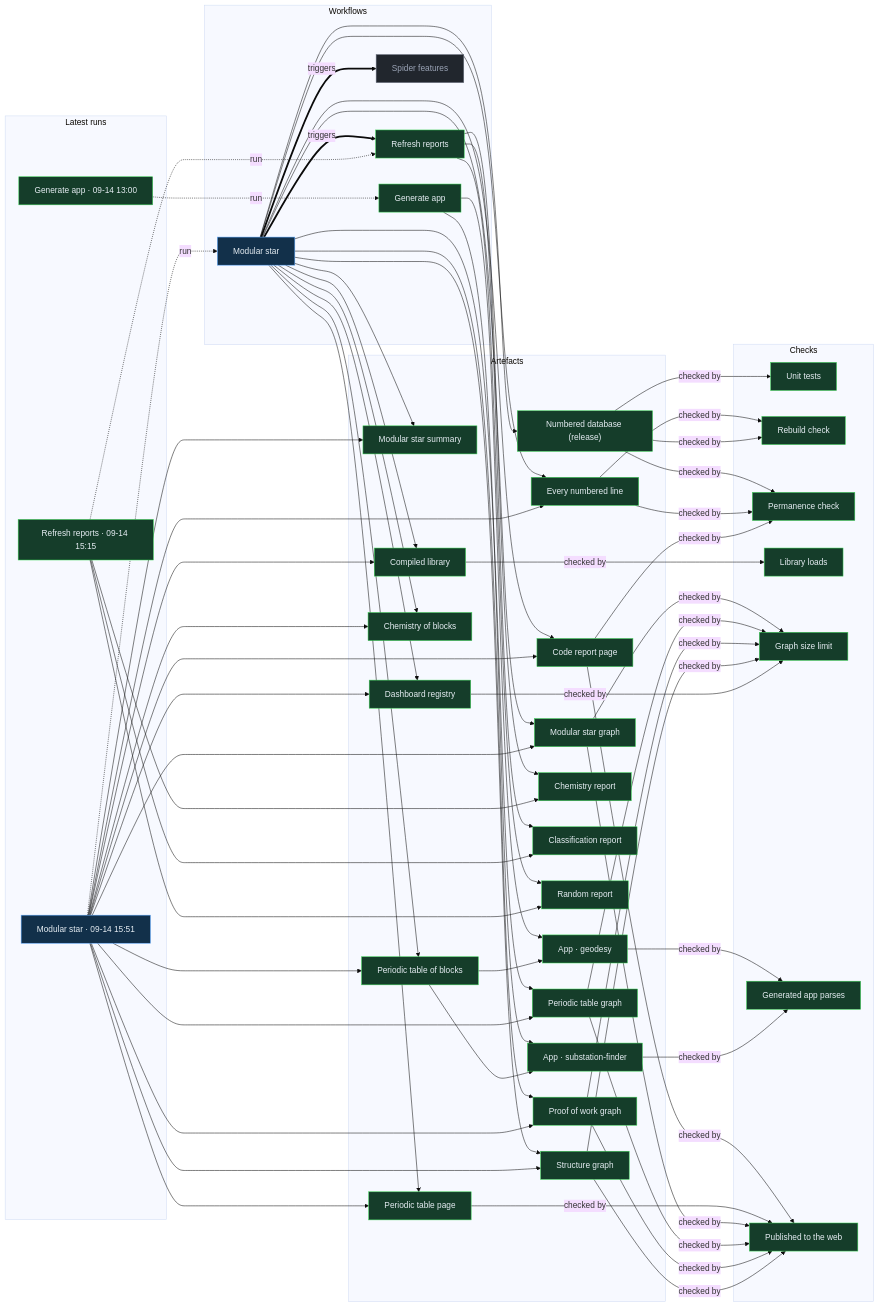
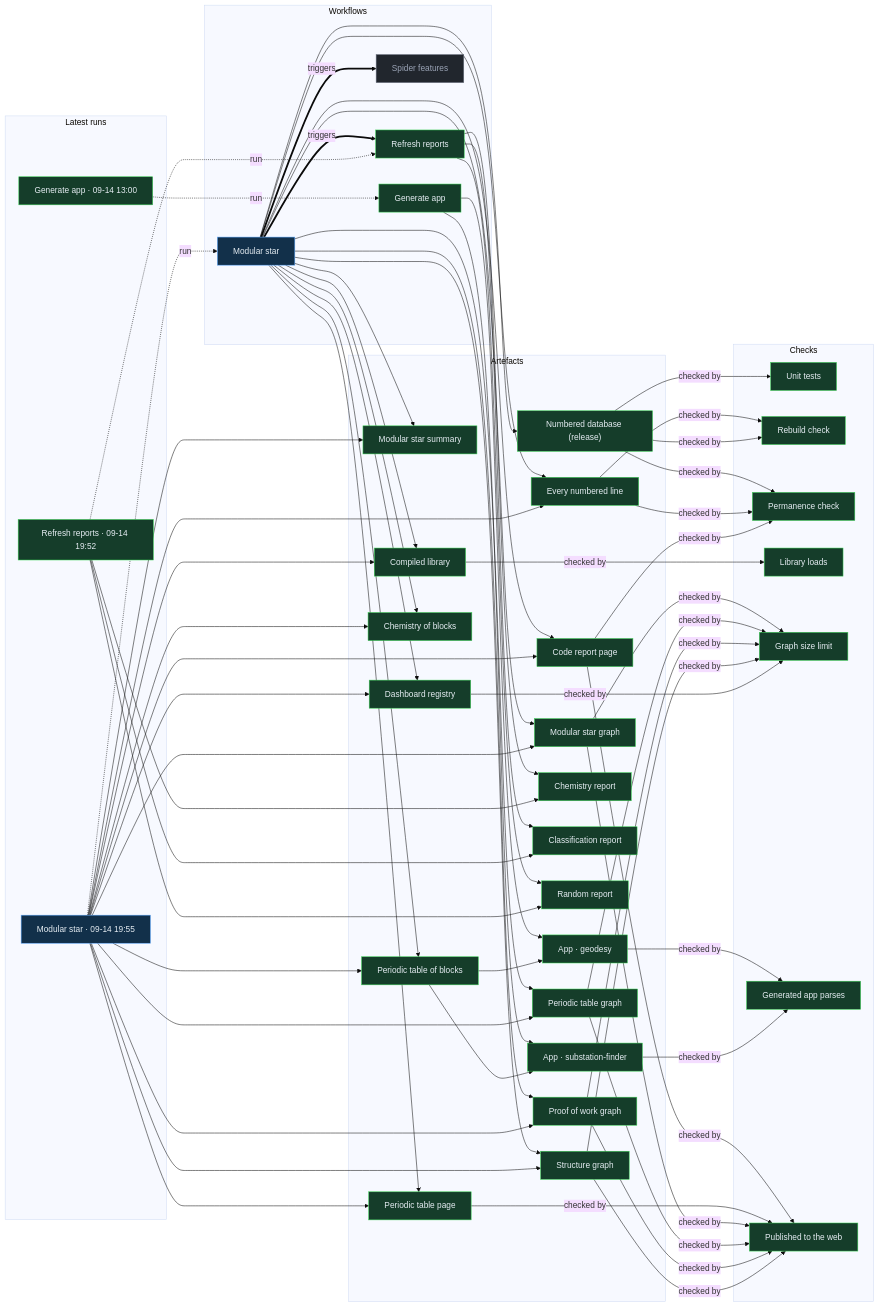
Before and after one commit to Ventusltd/stars: the diagram in proof/PROOF.md, drawn with Mermaid (base theme). The commit also changed other lines of this file and 138 other files, not shown here.

Commit message:
Modular star 2026-09-14T19:57Z

```diff
--- a/proof/PROOF.md
+++ b/proof/PROOF.md
@@ -24,8 +24,8 @@
   n_wf_spider_features["Spider features"]:::off
   end
   subgraph g_runs["Latest runs"]
-  n_run_34864947537["Modular star · 09-14 15:51"]:::live
-  n_run_34860925360["Refresh reports · 09-14 15:15"]:::ok
+  n_run_34889819508["Modular star · 09-14 19:55"]:::live
+  n_run_34889502484["Refresh reports · 09-14 19:52"]:::ok
   n_run_34846587798["Generate app · 09-14 13:00"]:::ok
   end
   subgraph g_artefacts["Artefacts"]
@@ -59,39 +59,39 @@
   end
   n_wf_modular_star == triggers ==> n_wf_refresh
   n_wf_modular_star == triggers ==> n_wf_spider_features
-  n_run_34864947537 -. run .-> n_wf_modular_star
-  n_run_34860925360 -. run .-> n_wf_refresh
+  n_run_34889819508 -. run .-> n_wf_modular_star
+  n_run_34889502484 -. run .-> n_wf_refresh
   n_run_34846587798 -. run .-> n_wf_generate
   n_wf_modular_star --> n_art_summary
-  n_run_34864947537 --> n_art_summary
+  n_run_34889819508 --> n_art_summary
   n_wf_modular_star --> n_art_lines
-  n_run_34864947537 --> n_art_lines
+  n_run_34889819508 --> n_art_lines
   n_wf_modular_star --> n_art_code
-  n_run_34864947537 --> n_art_code
+  n_run_34889819508 --> n_art_code
   n_wf_modular_star --> n_art_modular_graph
-  n_run_34864947537 --> n_art_modular_graph
+  n_run_34889819508 --> n_art_modular_graph
   n_wf_modular_star --> n_art_blocks
-  n_run_34864947537 --> n_art_blocks
+  n_run_34889819508 --> n_art_blocks
   n_wf_modular_star --> n_art_table
-  n_run_34864947537 --> n_art_table
+  n_run_34889819508 --> n_art_table
   n_wf_modular_star --> n_art_blocks_graph
-  n_run_34864947537 --> n_art_blocks_graph
+  n_run_34889819508 --> n_art_blocks_graph
   n_wf_modular_star --> n_art_reactions
-  n_run_34864947537 --> n_art_reactions
+  n_run_34889819508 --> n_art_reactions
   n_wf_modular_star --> n_art_library
-  n_run_34864947537 --> n_art_library
+  n_run_34889819508 --> n_art_library
   n_wf_modular_star --> n_art_features
-  n_run_34864947537 --> n_art_features
+  n_run_34889819508 --> n_art_features
   n_wf_modular_star --> n_art_proof
-  n_run_34864947537 --> n_art_proof
+  n_run_34889819508 --> n_art_proof
   n_wf_modular_star --> n_art_structure
-  n_run_34864947537 --> n_art_structure
+  n_run_34889819508 --> n_art_structure
   n_wf_refresh --> n_art_chemistry
-  n_run_34860925360 --> n_art_chemistry
+  n_run_34889502484 --> n_art_chemistry
   n_wf_refresh --> n_art_vedic
-  n_run_34860925360 --> n_art_vedic
+  n_run_34889502484 --> n_art_vedic
   n_wf_refresh --> n_art_random
-  n_run_34860925360 --> n_art_random
+  n_run_34889502484 --> n_art_random
   n_wf_modular_star --> n_art_release
   n_wf_generate --> n_app_geodesy
   n_art_blocks --> n_app_geodesy
```
